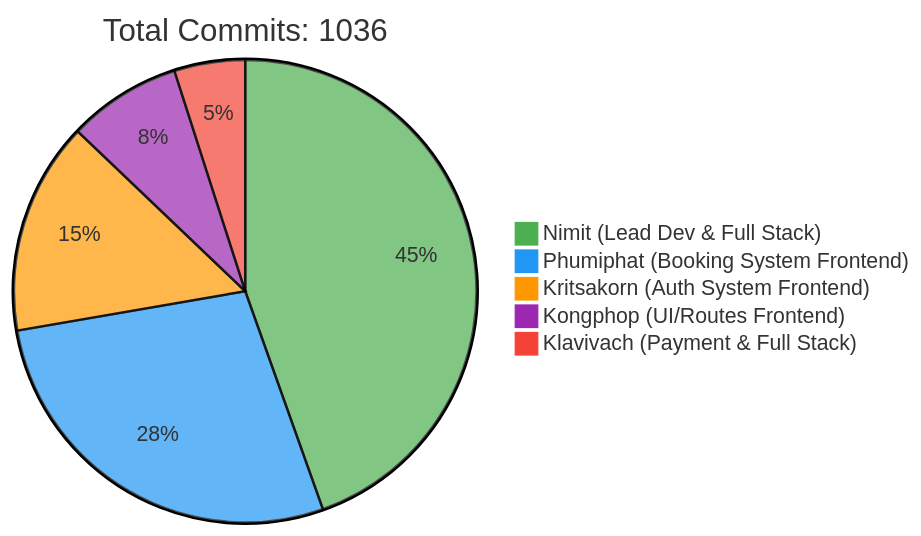
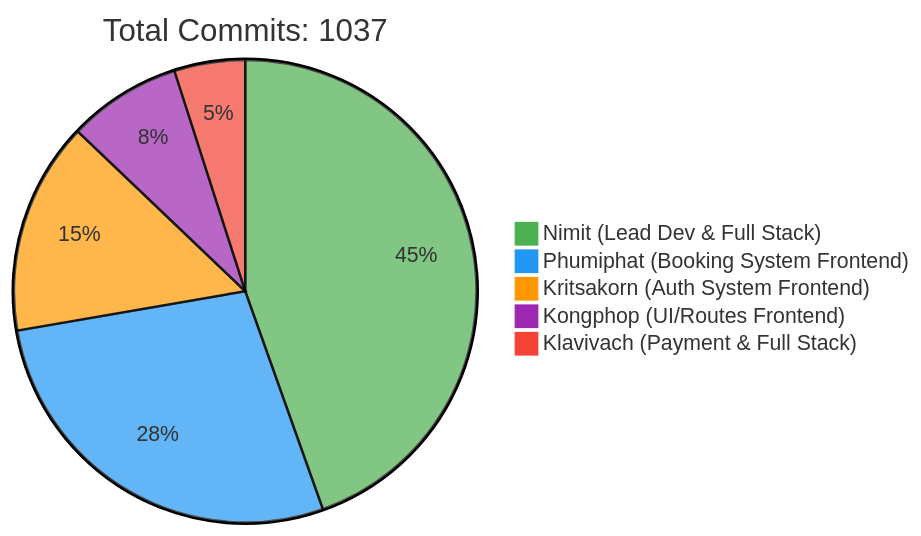
The first of 2 diagrams in README.md (6531503042/Sport-Complex), drawn with Mermaid before and after one commit. The commit also changed other lines of this file, not shown here.

Commit message:
docs: Update contributor statistics [skip ci]

````diff
--- a/README.md
+++ b/README.md
@@ -240,10 +240,10 @@
 ```mermaid
 %%{init: {'theme': 'base', 'themeVariables': { 'pie1': '#4CAF50', 'pie2': '#2196F3', 'pie3': '#FF9800', 'pie4': '#9C27B0', 'pie5': '#F44336'}}}%%
 pie
-    title Total Commits: 1036
+    title Total Commits: 1037
     "Nimit (Lead Dev & Full Stack)" : 450
     "Phumiphat (Booking System Frontend)" : 280
     "Kritsakorn (Auth System Frontend)" : 150
     "Kongphop (UI/Routes Frontend)" : 80
     "Klavivach (Payment & Full Stack)" : 50
 ```
````
